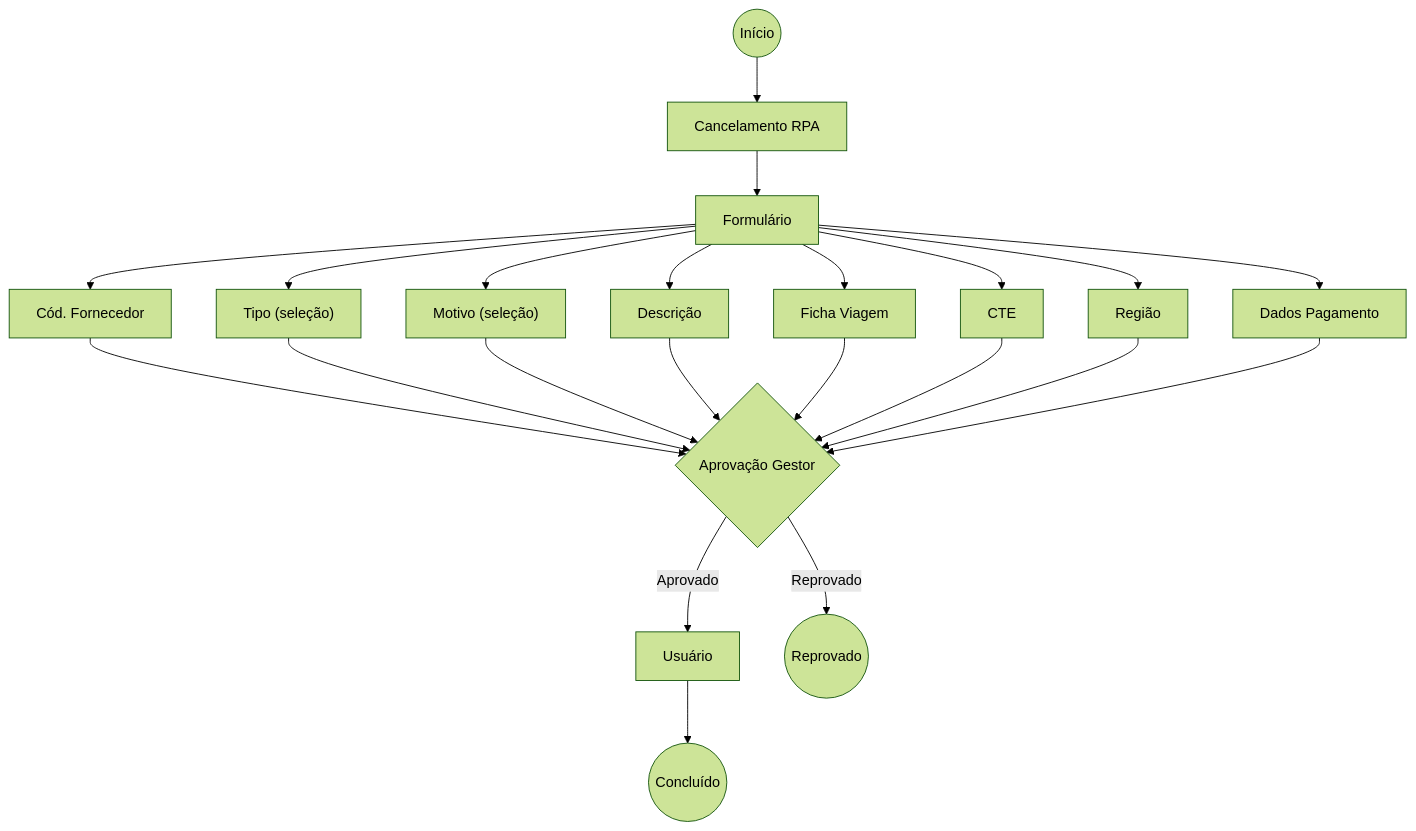
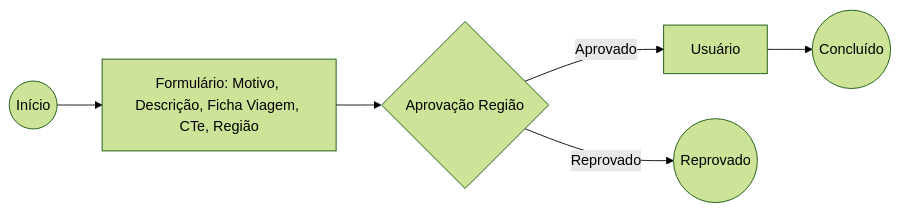
The diagram in fluxogramas/05-cancelamento-rpa.md (elofavoritos-glitch/fluxograma-financeiro-elo), drawn with Mermaid (forest theme) before and after one commit. The commit also changed other lines of this file and 8 other files, not shown here.

````diff
--- a/fluxogramas/05-cancelamento-rpa.md
+++ b/fluxogramas/05-cancelamento-rpa.md
@@ -6,19 +3,8 @@
 ```mermaid
-flowchart TD
-    START((Início)) --> CANC[Cancelamento RPA]
-
-    CANC --> FORM[Formulário]
-    FORM --> F1[Cód. Fornecedor]
-    FORM --> F2["Tipo (seleção)"]
-    FORM --> F3["Motivo (seleção)"]
-    FORM --> F4[Descrição]
-    FORM --> F5[Ficha Viagem]
-    FORM --> F6[CTE]
-    FORM --> F7[Região]
-    FORM --> F8[Dados Pagamento]
-
-    F1 & F2 & F3 & F4 & F5 & F6 & F7 & F8 --> APROV{Aprovação Gestor}
-    APROV -->|Aprovado| USER[Usuário]
-    APROV -->|Reprovado| FIM_REP((Reprovado))
-    USER --> FIM((Concluído))
+flowchart LR
+    START((Início)) --> FORM["Formulário: Motivo, Descrição, Ficha Viagem, CTe, Região"]
+    FORM --> AG{Aprovação Região}
+    AG -->|Aprovado| USR[Usuário]
+    AG -->|Reprovado| REP((Reprovado))
+    USR --> FIM((Concluído))
 ```
````
